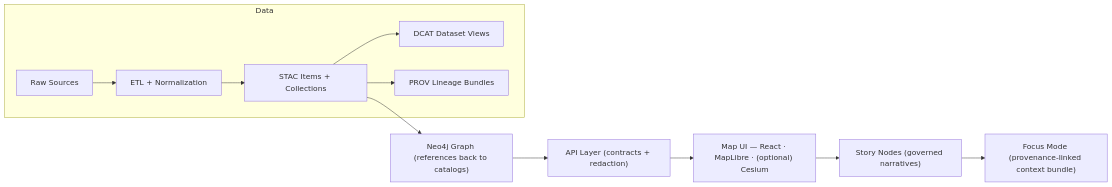
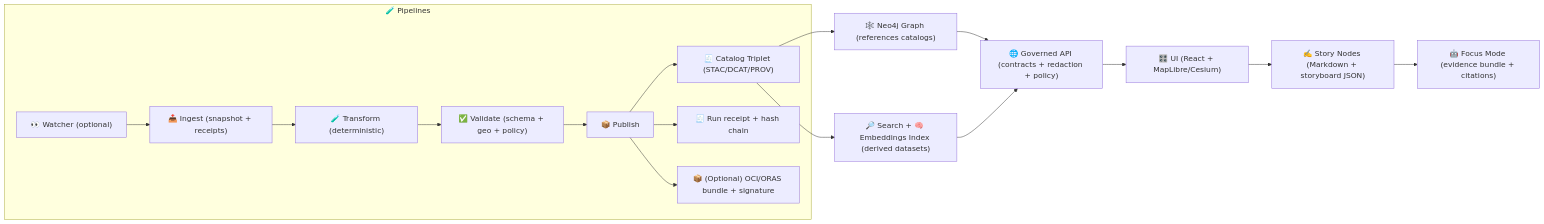
The second of 2 diagrams in src/README.md (bartytime4life/Kansas-Frontier-Matrix), drawn with Mermaid before and after one commit. The commit also changed other lines of this file, not shown here.

````diff
--- a/src/README.md
+++ b/src/README.md
@@ -172,15 +284,22 @@
 ```mermaid
 flowchart LR
-  subgraph Data
-    A["Raw Sources"] --> B["ETL + Normalization"]
-    B --> C["STAC Items + Collections"]
-    C --> D["DCAT Dataset Views"]
-    C --> E["PROV Lineage Bundles"]
+  subgraph Ingest["🧪 Pipelines"]
+    W["👀 Watcher (optional)"] --> I["📥 Ingest (snapshot + receipts)"]
+    I --> T["🧪 Transform (deterministic)"]
+    T --> V["✅ Validate (schema + geo + policy)"]
+    V --> P["📦 Publish"]
+    P --> CAT["🧾 Catalog Triplet (STAC/DCAT/PROV)"]
+    P --> AUD["🧾 Run receipt + hash chain"]
+    P --> ART["📦 (Optional) OCI/ORAS bundle + signature"]
   end
 
-  C --> G["Neo4j Graph (references back to catalogs)"]
-  G --> H["API Layer (contracts + redaction)"]
-  H --> I["Map UI — React · MapLibre · (optional) Cesium"]
-  I --> J["Story Nodes (governed narratives)"]
-  J --> K["Focus Mode (provenance-linked context bundle)"]
+  CAT --> G["🕸️ Neo4j Graph (references catalogs)"]
+  CAT --> IDX["🔎 Search + 🧠 Embeddings Index (derived datasets)"]
+
+  G --> API["🌐 Governed API (contracts + redaction + policy)"]
+  IDX --> API
+
+  API --> UI["🎛️ UI (React + MapLibre/Cesium)"]
+  UI --> STORY["✍️ Story Nodes (Markdown + storyboard JSON)"]
+  STORY --> FOCUS["🤖 Focus Mode (evidence bundle + citations)"]
 ```
````
